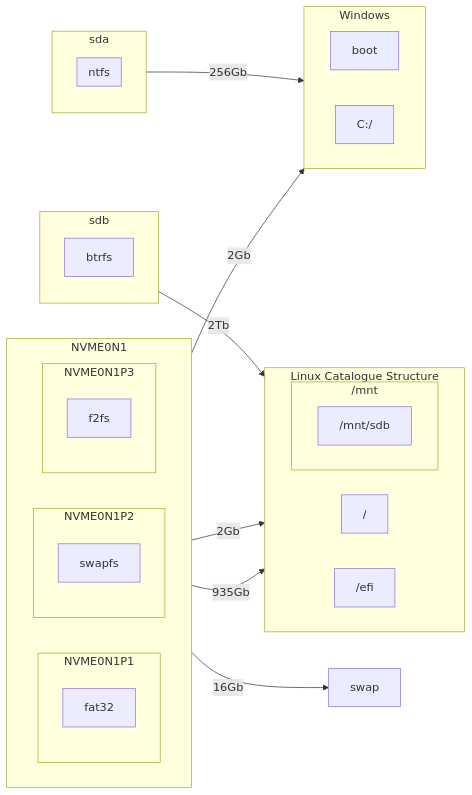
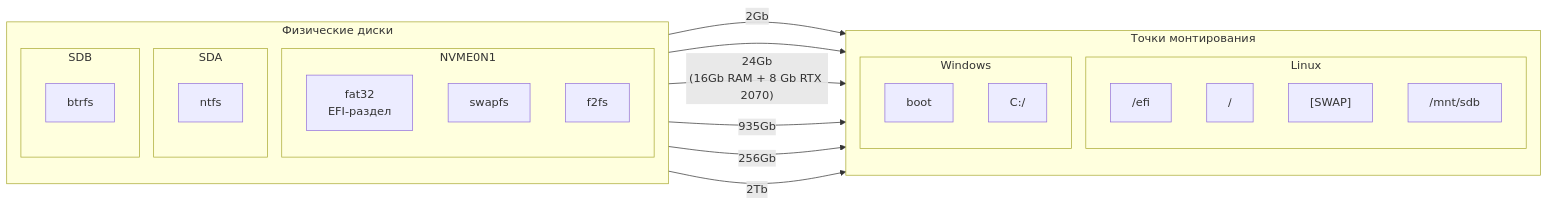
One commit to vlad196/arch-installation-guide changed the diagram in README.md. Above: the diagram before and after it, drawn with Mermaid.

Commit message:
Fix syntaxis mermaid in README.md

````diff
--- a/README.md
+++ b/README.md
@@ -28,48 +28,43 @@
 ```mermaid
 flowchart LR
-  subgraph NVME0N1
-    direction LR
-    subgraph NVME0N1P1
-        direction TB
-        fat32
-    end
-    subgraph NVME0N1P2
-        direction TB
-        swapfs
-    end
-    subgraph NVME0N1P3
-        direction TB
-        f2fs
-    end
-  end
-  subgraph Linux Catalogue Structure
-    direction LR
-        /
-        /efi
-        subgraph /mnt
-            /mnt/sdb
-        end
-    end
-    subgraph sdb
-        direction TB
-        btrfs
-    end
-    subgraph sda
-        direction TB
-        subgraph ntfs
-    end
-  end
-  subgraph Windows
-    direction LR
-      boot
-      C:/
-  end
-  
+    %% Технические ID (NVME_P1, SDA_P1) здесь есть, но на картинке их не будет
+    subgraph "Физические диски"
+        direction TB
+        subgraph "NVME0N1"
+            NVME_P1["fat32 <br> EFI-раздел"]
+            NVME_P2["swapfs"]
+            NVME_P3["f2fs"]
+        end
 
-fat32 -- 2Gb--> /efi
-fat32 -- 2Gb--> boot
-f2fs -- 935Gb--> /
-swapfs -- 16Gb--> swap
-btrfs -- 2Tb--> /mnt/sdb
-ntfs -- 256Gb--> C:/
+        subgraph "SDA"
+            SDA_P1["ntfs"]
+        end
+
+        subgraph "SDB"
+            SDB_P1["btrfs"]
+        end
+    end
+
+    subgraph "Точки монтирования"
+        direction TB
+        subgraph "Linux"
+            L_EFI["/efi"]
+            L_ROOT["/"]
+            L_SWAP["[SWAP]"]
+            L_MNT_SDB["/mnt/sdb"]
+        end
+
+        subgraph "Windows"
+            W_BOOT["boot"]
+            W_C["C:/"]
+        end
+    end
+
+    %% Связи используют невидимые технические ID
+    NVME_P1 -- "2Gb" --> L_EFI
+    NVME_P1 -- " " --> W_BOOT
+    NVME_P2 -- "24Gb<br>(16Gb RAM + 8 Gb RTX 2070)" --> L_SWAP
+    NVME_P3 -- "935Gb" --> L_ROOT
+    SDA_P1  -- "256Gb" --> W_C
+    SDB_P1  -- "2Tb" --> L_MNT_SDB
 ```
````
